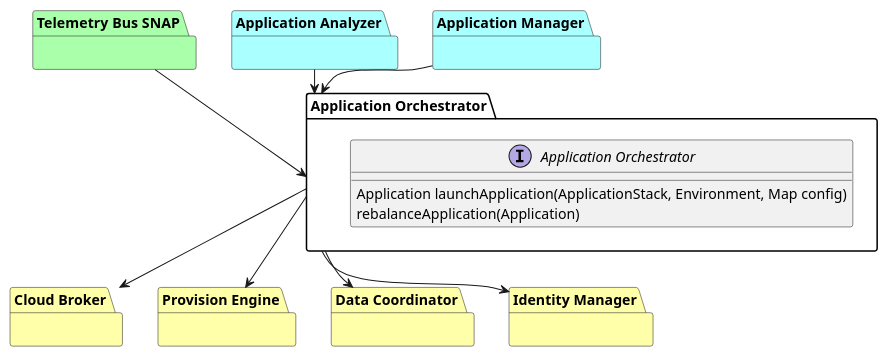
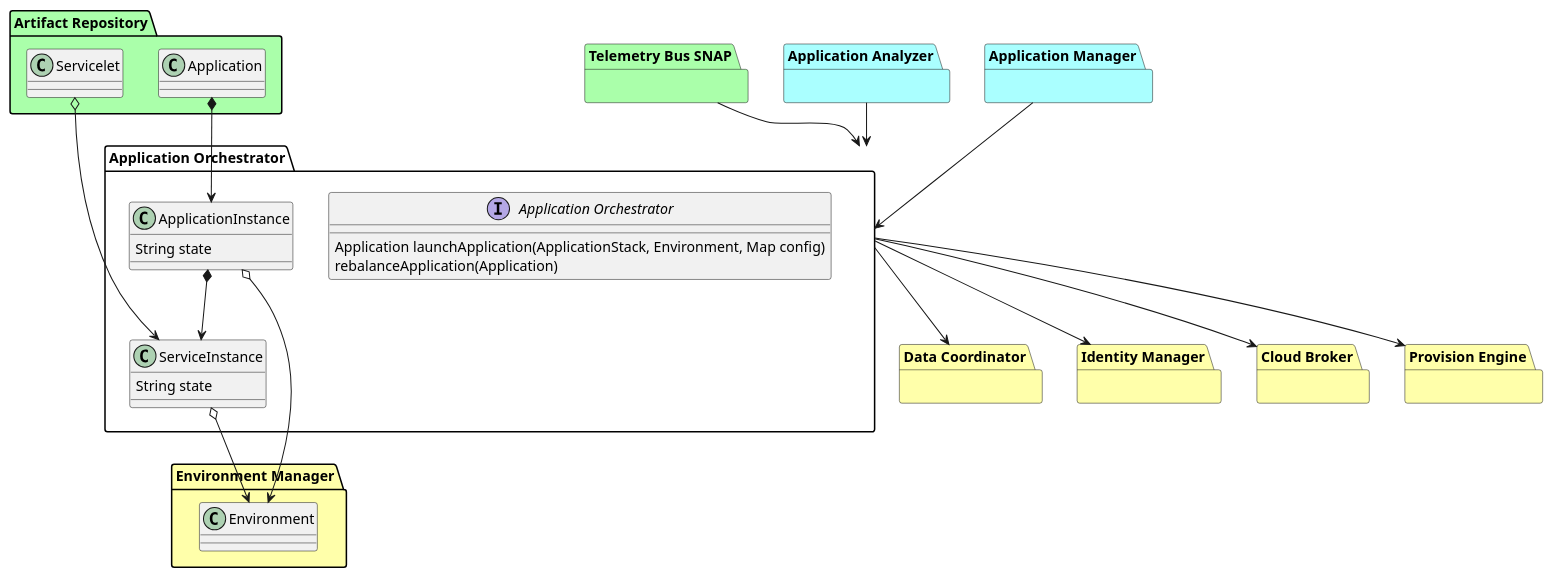
The diagram in design/ApplicationOrchestrator/Class Overview.puml (CAADE/C3), drawn with PlantUML before and after one commit. The commit also changed 89 other files, not shown here.

Commit message:
Add Details for Actors and generate UML diagrams

```diff
--- a/design/ApplicationOrchestrator/Class Overview.puml
+++ b/design/ApplicationOrchestrator/Class Overview.puml
@@ -1,27 +1,49 @@
 @startuml
 
 
 package "Application Orchestrator" {
   interface "Application Orchestrator" {
       Application launchApplication(ApplicationStack, Environment, Map config)
       rebalanceApplication(Application)
   }
+  class ApplicationInstance {
+    String state
+  }
+  class ServiceInstance {
+    String state
+  }
+  ApplicationInstance *--> ServiceInstance
 }
 
 package "Cloud Broker"  #ffffaa {}
 package "Provision Engine" #ffffaa {}
 package "Data Coordinator" #ffffaa {}
 package "Telemetry Bus SNAP" #aaffaa {}
 package "Application Analyzer" #aaffff {}
 package "Application Manager" #aaffff {}
 package "Identity Manager"  #ffffaa {}
+package "Environment Manager" #ffffaa {
+  class Environment {
+  }
+}
+package "Artifact Repository"  #aaffaa {
+    class Application {
+    }
+    class Servicelet {
+    }
+}
+Application *--> ApplicationInstance
+Servicelet o--> ServiceInstance
+ServiceInstance o--> Environment
+ApplicationInstance o--> Environment
 
 "Application Orchestrator" --> "Identity Manager"
 "Application Orchestrator" --> "Cloud Broker"
 "Application Orchestrator" --> "Provision Engine"
 "Application Orchestrator" --> "Data Coordinator"
 "Telemetry Bus SNAP" --> "Application Orchestrator"
 "Application Manager" --> "Application Orchestrator"
 "Application Analyzer" --> "Application Orchestrator"
 
+
 @enduml
```
